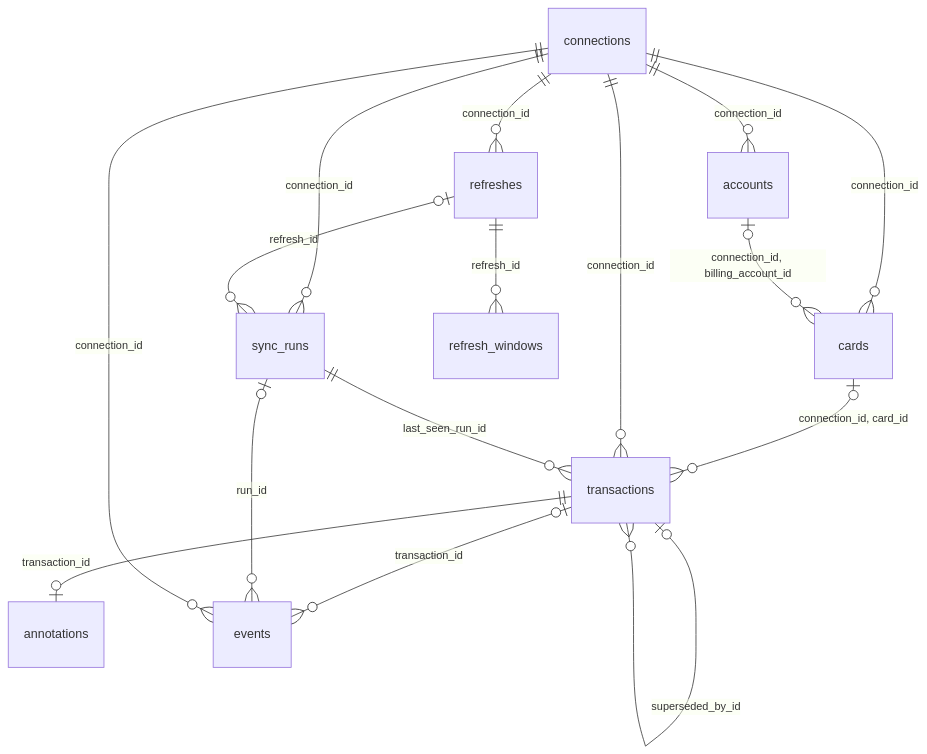
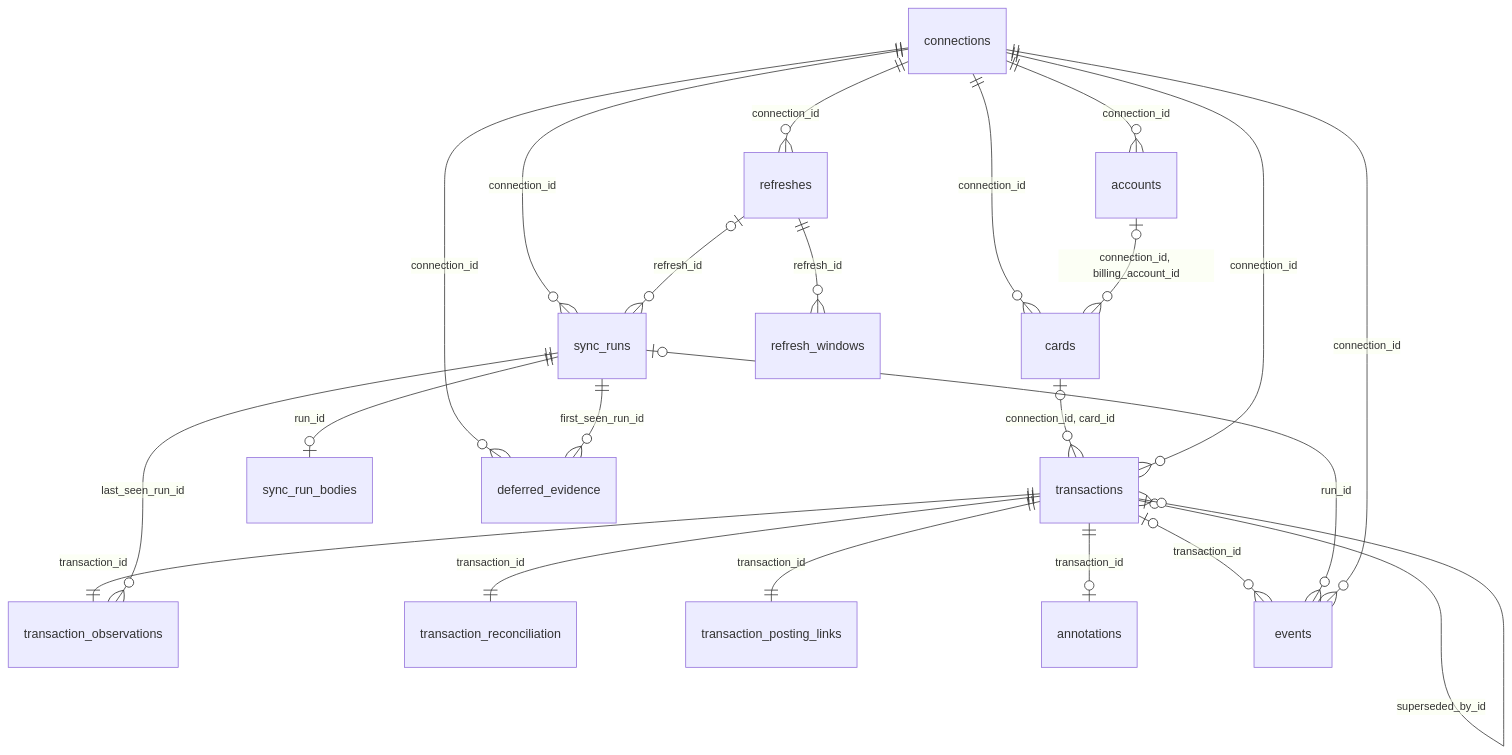
The diagram in docs/database.md (sagiba/fonds), drawn with Mermaid before and after one commit. The commit also changed other lines of this file and 129 other files, not shown here.

First line of the commit message:
Separate semantic transaction content from refresh observations (#11)

````diff
--- a/docs/database.md
+++ b/docs/database.md
@@ -48,19 +49,25 @@
 ```mermaid
 erDiagram
   connections ||--o{ accounts : connection_id
   connections ||--o{ cards : connection_id
   accounts o|--o{ cards : "connection_id, billing_account_id"
   cards o|--o{ transactions : "connection_id, card_id"
   connections ||--o{ sync_runs : connection_id
   connections ||--o{ transactions : connection_id
-  sync_runs ||--o{ transactions : last_seen_run_id
+  transactions ||--|| transaction_observations : transaction_id
+  sync_runs ||--o{ transaction_observations : last_seen_run_id
+  transactions ||--|| transaction_reconciliation : transaction_id
+  transactions ||--|| transaction_posting_links : transaction_id
+  sync_runs ||--o| sync_run_bodies : run_id
+  connections ||--o{ deferred_evidence : connection_id
+  sync_runs ||--o{ deferred_evidence : first_seen_run_id
   connections ||--o{ refreshes : connection_id
   refreshes ||--o{ refresh_windows : refresh_id
   refreshes o|--o{ sync_runs : refresh_id
   transactions ||--o| annotations : transaction_id
   transactions o|--o{ events : transaction_id
   sync_runs o|--o{ events : run_id
   connections ||--o{ events : connection_id
   transactions o|--o{ transactions : "connection_id, purchase_id"
   transactions o|--o{ transactions : superseded_by_id
 ```
````
